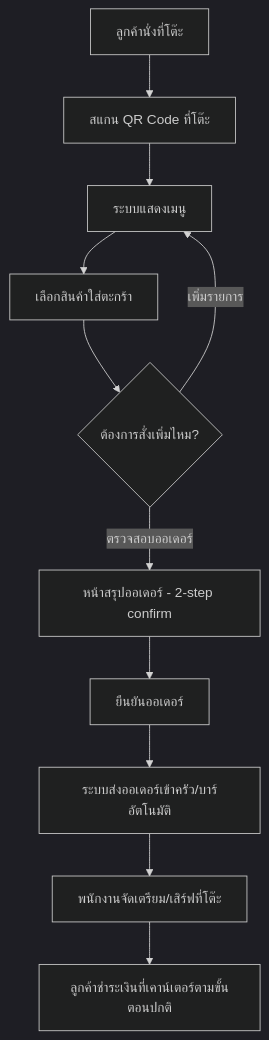
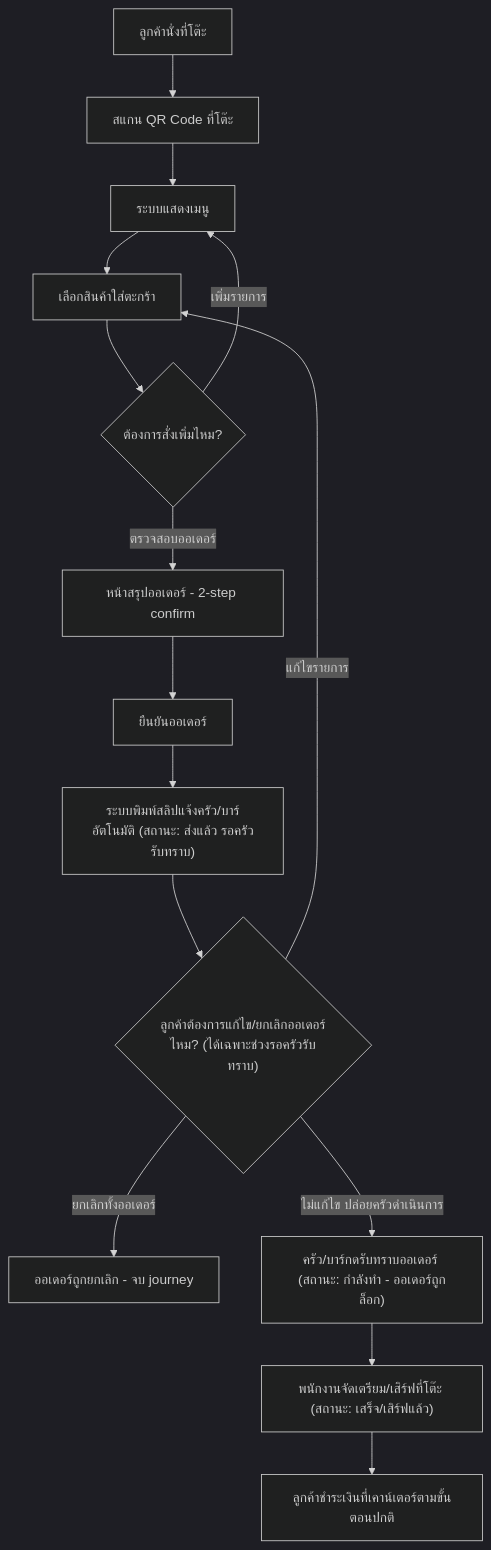
One commit to ptrsswnr/Demo-Project changed the diagram in docs/02-design/01-prototypes/user-journey-self-order.md. Above: the diagram before and after it, drawn with Mermaid (dark theme). The commit also changed other lines of this file and 5 other files, not shown here.

````diff
--- a/docs/02-design/01-prototypes/user-journey-self-order.md
+++ b/docs/02-design/01-prototypes/user-journey-self-order.md
@@ -9,13 +9,17 @@
 ```mermaid
 flowchart TD
     A[ลูกค้านั่งที่โต๊ะ] --> B[สแกน QR Code ที่โต๊ะ]
     B --> C[ระบบแสดงเมนู]
     C --> D[เลือกสินค้าใส่ตะกร้า]
     D --> E{ต้องการสั่งเพิ่มไหม?}
     E -->|เพิ่มรายการ| C
     E -->|ตรวจสอบออเดอร์| F[หน้าสรุปออเดอร์ - 2-step confirm]
     F --> G[ยืนยันออเดอร์]
-    G --> H[ระบบส่งออเดอร์เข้าครัว/บาร์อัตโนมัติ]
-    H --> I[พนักงานจัดเตรียม/เสิร์ฟที่โต๊ะ]
-    I --> J[ลูกค้าชำระเงินที่เคาน์เตอร์ตามขั้นตอนปกติ]
+    G --> H["ระบบพิมพ์สลิปแจ้งครัว/บาร์อัตโนมัติ (สถานะ: ส่งแล้ว รอครัวรับทราบ)"]
+    H --> I{"ลูกค้าต้องการแก้ไข/ยกเลิกออเดอร์ไหม? (ได้เฉพาะช่วงรอครัวรับทราบ)"}
+    I -->|แก้ไขรายการ| D
+    I -->|ยกเลิกทั้งออเดอร์| M[ออเดอร์ถูกยกเลิก - จบ journey]
+    I -->|ไม่แก้ไข ปล่อยครัวดำเนินการ| J["ครัว/บาร์กดรับทราบออเดอร์ (สถานะ: กำลังทำ - ออเดอร์ถูกล็อก)"]
+    J --> K["พนักงานจัดเตรียม/เสิร์ฟที่โต๊ะ (สถานะ: เสร็จ/เสิร์ฟแล้ว)"]
+    K --> L[ลูกค้าชำระเงินที่เคาน์เตอร์ตามขั้นตอนปกติ]
 ```
````
